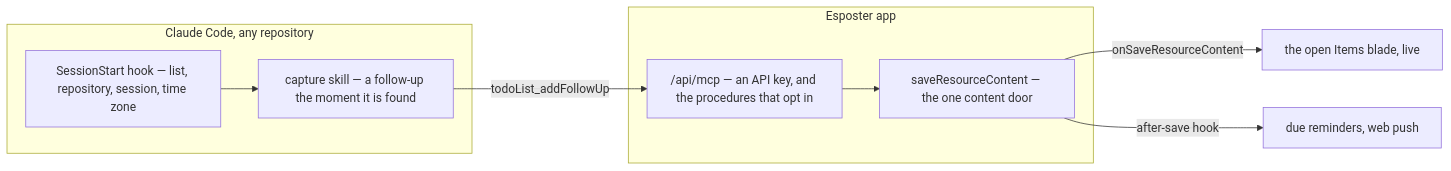
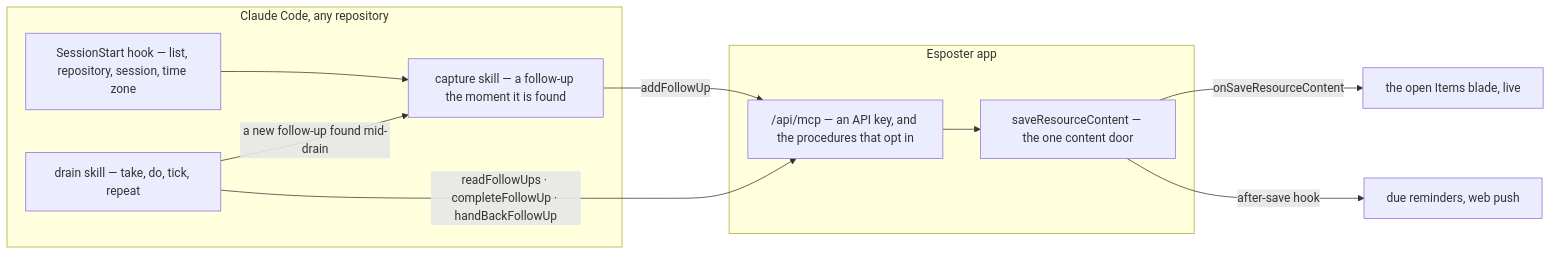
One commit to Esposter/Esposter changed the first of 2 diagrams in apps/web/content/docs/resource/todolist-agent-follow-ups.md. Above: the diagram before and after it, drawn with Mermaid. The commit also changed other lines of this file and 7 other files, not shown here.

First line of the commit message:
feat(resource): drain — follow-ups worked one change at a time until none is left

````diff
--- a/apps/web/content/docs/resource/todolist-agent-follow-ups.md
+++ b/apps/web/content/docs/resource/todolist-agent-follow-ups.md
@@ -12,16 +12,19 @@
 ```mermaid
 flowchart LR
   subgraph Terminal["Claude Code, any repository"]
     HOOK["SessionStart hook — list, repository, session, time zone"]
     CAP["capture skill — a follow-up the moment it is found"]
+    DRAIN["drain skill — take, do, tick, repeat"]
   end
   subgraph App["Esposter app"]
     MCP["/api/mcp — an API key, and the procedures that opt in"]
     SAVE["saveResourceContent — the one content door"]
   end
   HOOK --> CAP
-  CAP -->|"todoList_addFollowUp"| MCP
+  CAP -->|"addFollowUp"| MCP
+  DRAIN -->|"readFollowUps · completeFollowUp · handBackFollowUp"| MCP
+  DRAIN -->|"a new follow-up found mid-drain"| CAP
   MCP --> SAVE
   SAVE -->|"onSaveResourceContent"| PAGE["the open Items blade, live"]
   SAVE -->|"after-save hook"| REM["due reminders, web push"]
 ```
````
